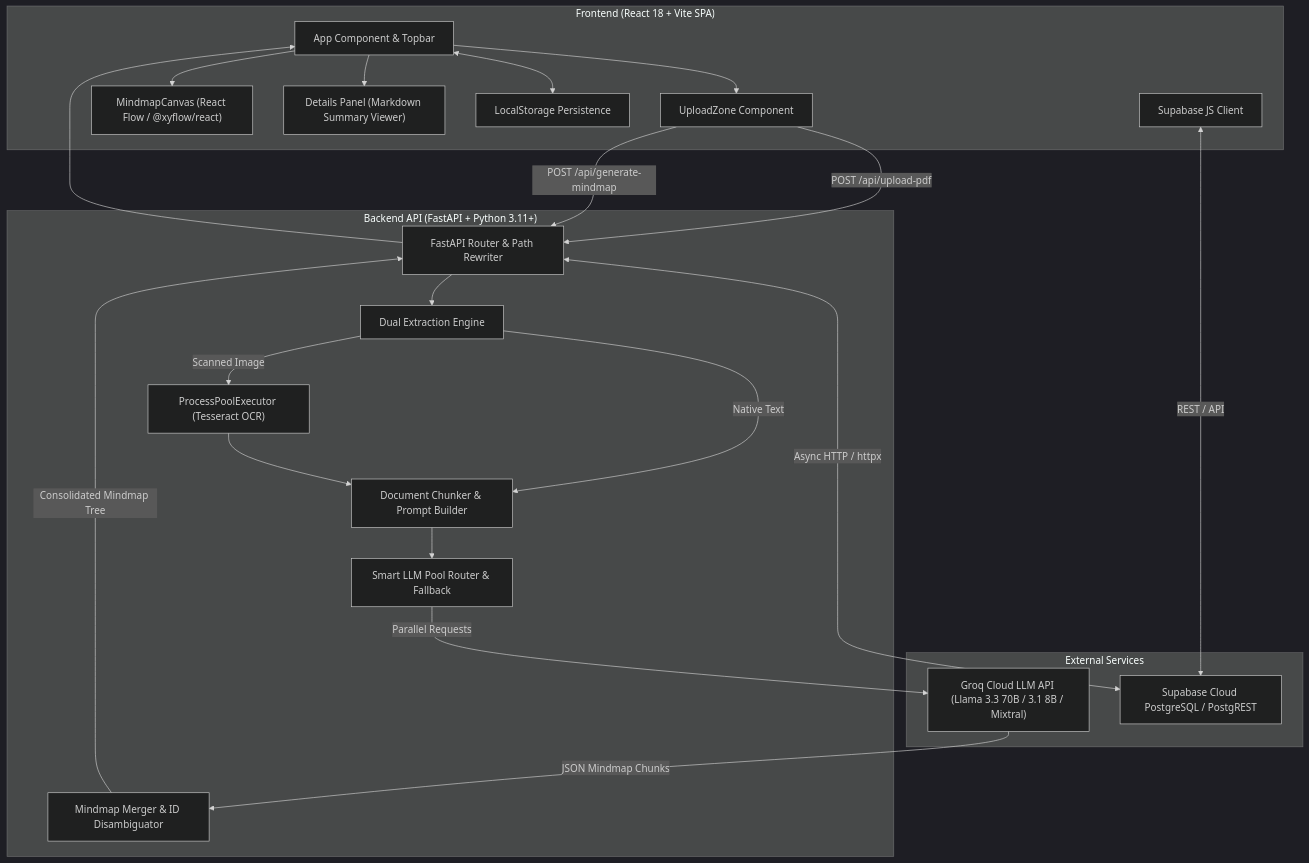
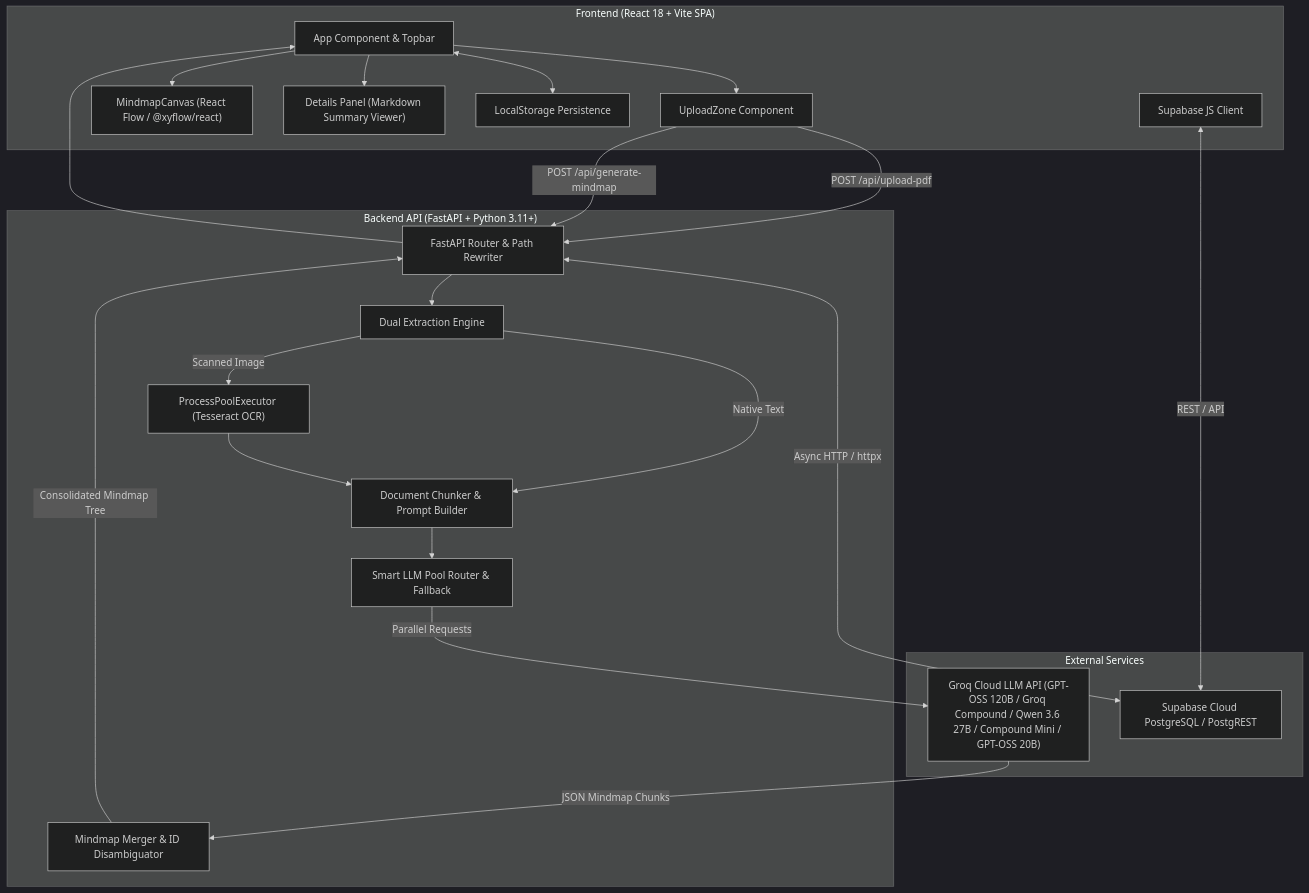
The first of 2 diagrams in ARCHITECTURE.md (Arjundevjha/pdf-to-mindmap), drawn with Mermaid (dark theme) before and after one commit. The commit also changed other lines of this file and 8 other files, not shown here.

````diff
--- a/ARCHITECTURE.md
+++ b/ARCHITECTURE.md
@@ -19,44 +19,44 @@
 ```mermaid
 graph TD
     subgraph Client ["Frontend (React 18 + Vite SPA)"]
         UI["App Component & Topbar"]
         Upload["UploadZone Component"]
         Canvas["MindmapCanvas (React Flow / @xyflow/react)"]
         Details["Details Panel (Markdown Summary Viewer)"]
         LocalStore["LocalStorage Persistence"]
         SupaSDK["Supabase JS Client"]
     end
 
     subgraph Backend ["Backend API (FastAPI + Python 3.11+)"]
         Router["FastAPI Router & Path Rewriter"]
         PDFEngine["Dual Extraction Engine"]
         OCRWorker["ProcessPoolExecutor (Tesseract OCR)"]
         Chunker["Document Chunker & Prompt Builder"]
         LLMRouter["Smart LLM Pool Router & Fallback"]
         Merger["Mindmap Merger & ID Disambiguator"]
     end
 
     subgraph External ["External Services"]
-        Groq["Groq Cloud LLM API (Llama 3.3 70B / 3.1 8B / Mixtral)"]
+        Groq["Groq Cloud LLM API (GPT-OSS 120B / Groq Compound / Qwen 3.6 27B / Compound Mini / GPT-OSS 20B)"]
         SupabaseDB["Supabase Cloud PostgreSQL / PostgREST"]
     end
 
     UI --> Upload
     UI --> Canvas
     UI --> Details
     Upload -->|POST /api/upload-pdf| Router
     Upload -->|POST /api/generate-mindmap| Router
     
     Router --> PDFEngine
     PDFEngine -->|Native Text| Chunker
     PDFEngine -->|Scanned Image| OCRWorker --> Chunker
     
     Chunker --> LLMRouter
     LLMRouter -->|Parallel Requests| Groq
     Groq -->|JSON Mindmap Chunks| Merger
     Merger -->|Consolidated Mindmap Tree| Router --> UI
 
     UI <--> LocalStore
     SupaSDK <-->|REST / API| SupabaseDB
     Router <-->|Async HTTP / httpx| SupabaseDB
 ```
````
